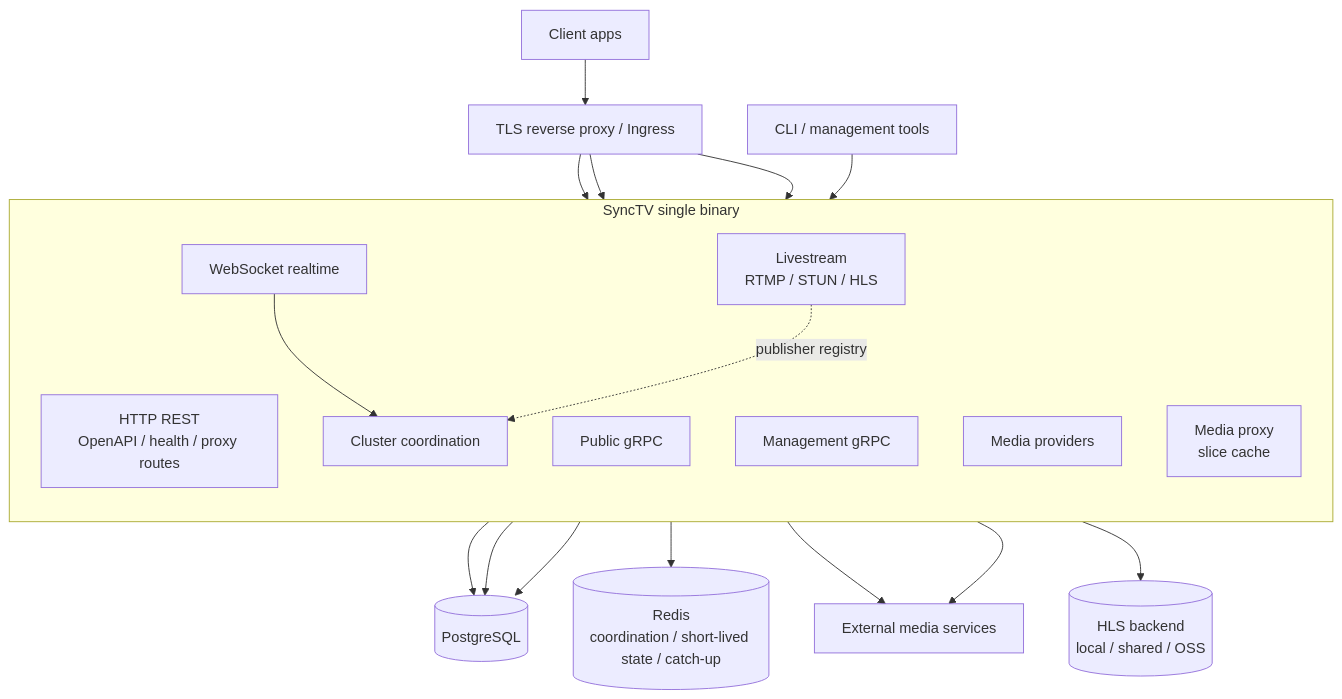
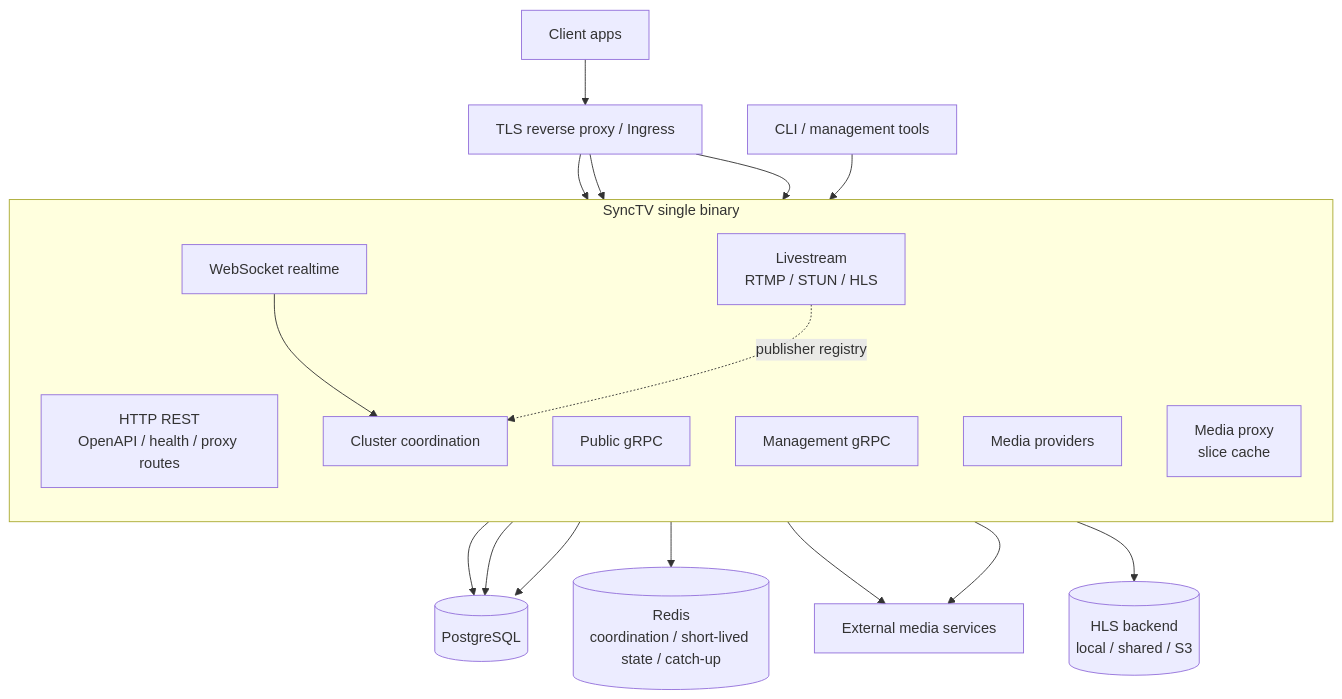
The diagram in docs/src/diagrams/architecture.mmd (synctv-org/synctv), drawn with Mermaid before and after one commit. The commit also changed 162 other files, not shown here.

```diff
--- a/docs/src/diagrams/architecture.mmd
+++ b/docs/src/diagrams/architecture.mmd
@@ -1,37 +1,37 @@
 flowchart TB
   Client[Client apps]
   Edge[TLS reverse proxy / Ingress]
   CLI[CLI / management tools]
 
   subgraph SyncTV["SyncTV single binary"]
     direction TB
     HTTP[HTTP REST<br/>OpenAPI / health / proxy routes]
     GRPC[Public gRPC]
     WS[WebSocket realtime]
     MGMT[Management gRPC]
     Provider[Media providers]
     Proxy[Media proxy<br/>slice cache]
     Live[Livestream<br/>RTMP / STUN / HLS]
     Cluster[Cluster coordination]
   end
 
   PG[(PostgreSQL)]
   Redis[(Redis<br/>coordination / short-lived state / catch-up)]
   External[External media services]
-  HLS[(HLS backend<br/>local / shared / OSS)]
+  HLS[(HLS backend<br/>local / shared / S3)]
 
   Client --> Edge
   Edge --> HTTP
   Edge --> GRPC
   Edge --> WS
   CLI --> MGMT
 
   HTTP --> PG
   GRPC --> PG
   MGMT --> PG
   WS --> Cluster
   Cluster --> Redis
   Provider --> External
   Proxy --> External
   Live --> HLS
   Live -. publisher registry .-> Cluster
```
